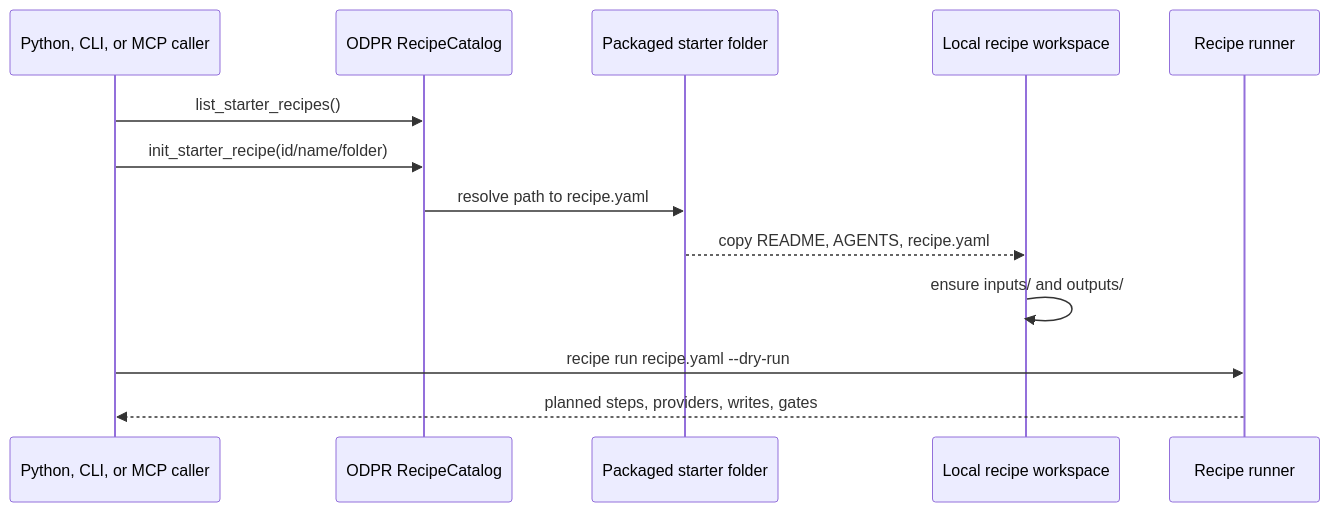
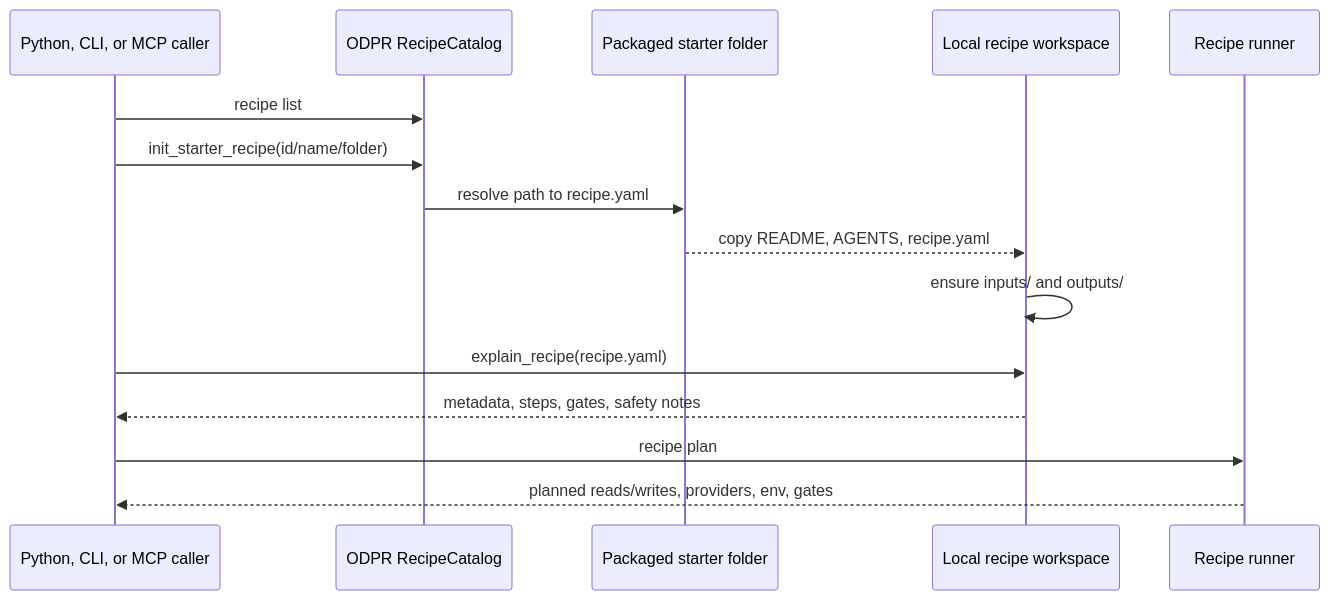
Before and after one commit to Open-Data-Product-Initiative/odp-agent-sdk: the sixth of 9 diagrams in docs/development/sdk-architecture.md, drawn with Mermaid. The commit also changed other lines of this file and 48 other files, not shown here.

Commit message:
Simplify ODPR starter recipe CLI flow

````diff
--- a/docs/development/sdk-architecture.md
+++ b/docs/development/sdk-architecture.md
@@ -258,16 +285,18 @@
 ```mermaid
 sequenceDiagram
     participant User as Python, CLI, or MCP caller
     participant Catalog as ODPR RecipeCatalog
     participant Starter as Packaged starter folder
     participant Workspace as Local recipe workspace
     participant Runner as Recipe runner
 
-    User->>Catalog: list_starter_recipes()
+    User->>Catalog: recipe list
     User->>Catalog: init_starter_recipe(id/name/folder)
     Catalog->>Starter: resolve path to recipe.yaml
     Starter-->>Workspace: copy README, AGENTS, recipe.yaml
     Workspace->>Workspace: ensure inputs/ and outputs/
-    User->>Runner: recipe run recipe.yaml --dry-run
-    Runner-->>User: planned steps, providers, writes, gates
+    User->>Workspace: explain_recipe(recipe.yaml)
+    Workspace-->>User: metadata, steps, gates, safety notes
+    User->>Runner: recipe plan
+    Runner-->>User: planned reads/writes, providers, env, gates
 ```
````
